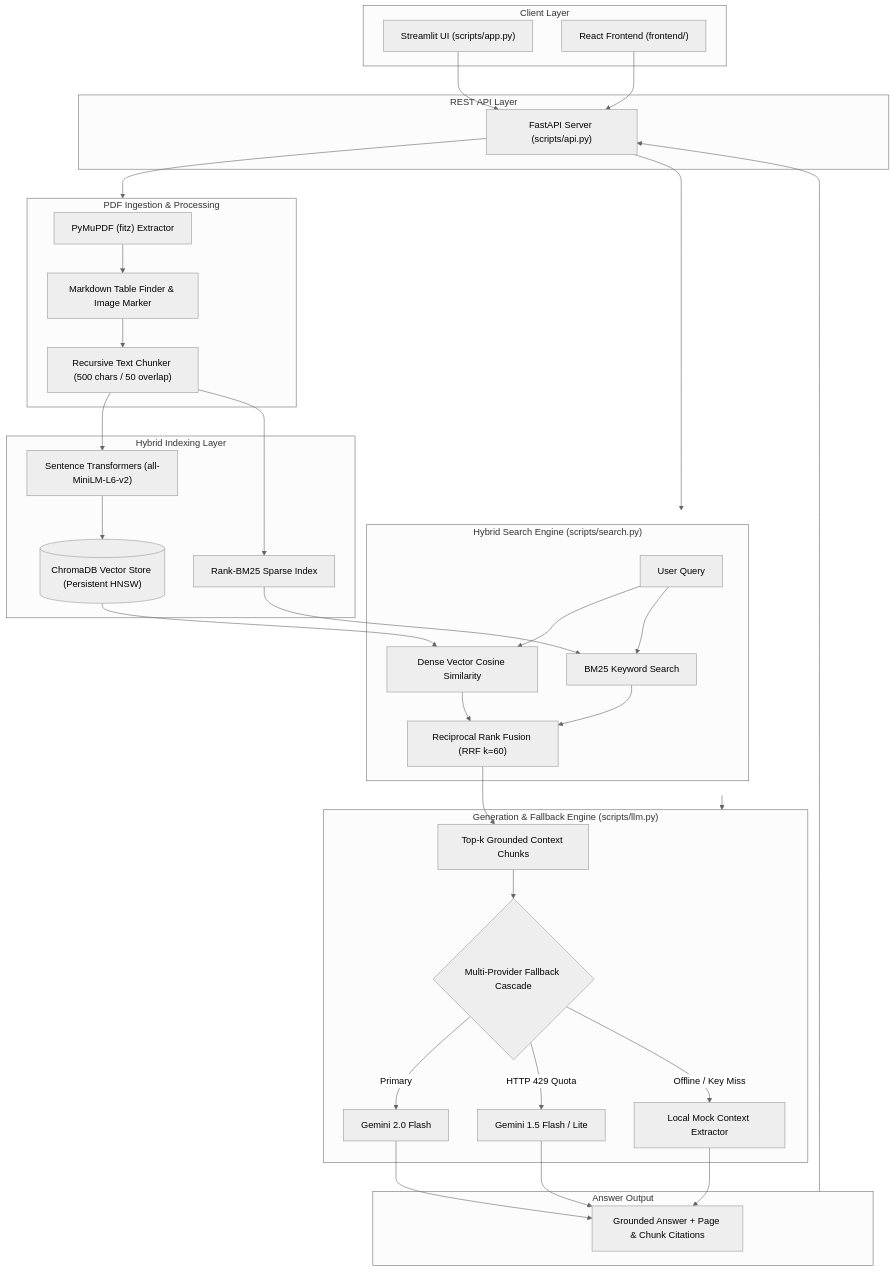
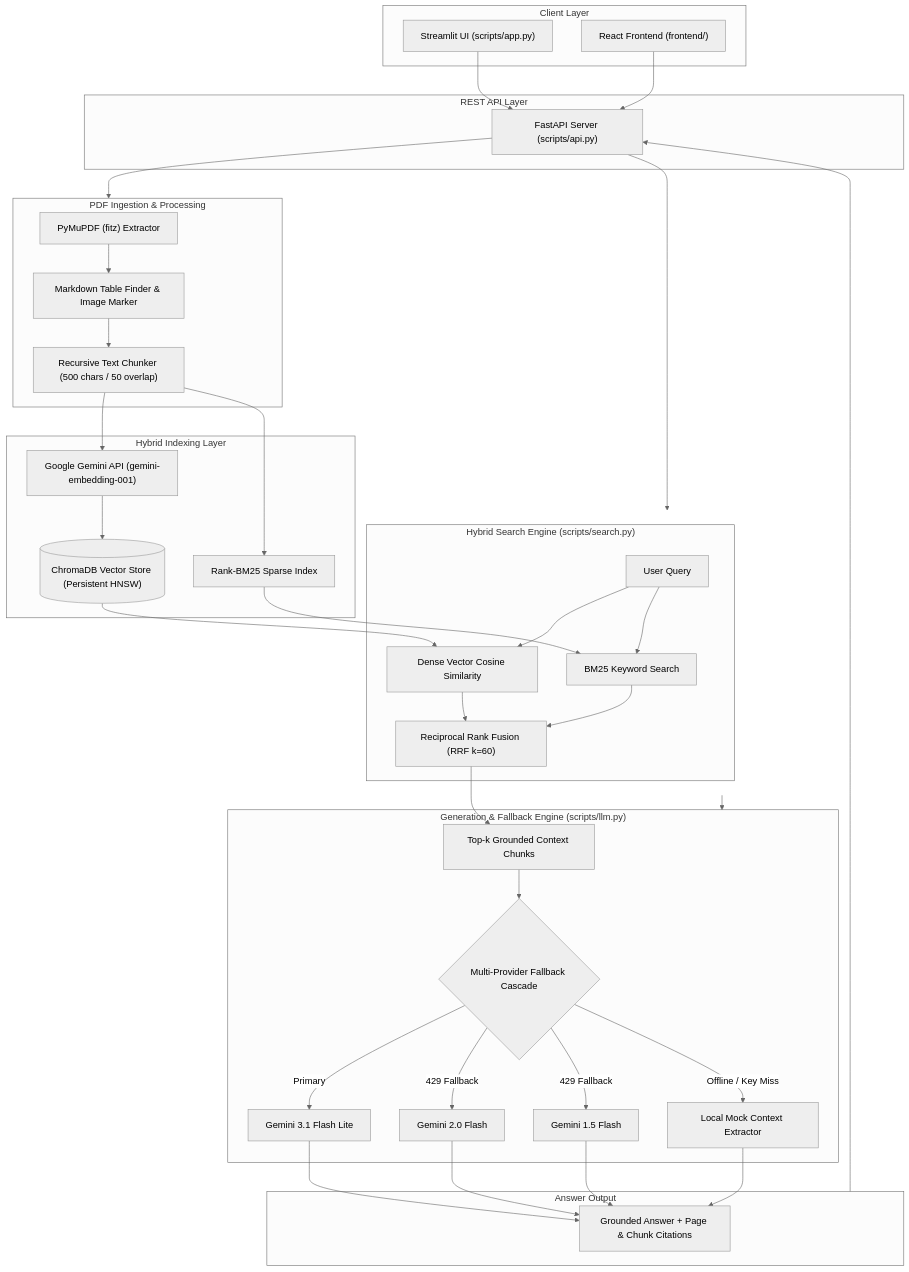
One commit to prsdx/platewise-rag changed the diagram in README.md. Above: the diagram before and after it, drawn with Mermaid (neutral theme). The commit also changed other lines of this file and 10 other files, not shown here.

````diff
--- a/README.md
+++ b/README.md
@@ -41,61 +48,63 @@
 ```mermaid
 flowchart TD
     subgraph Client ["Client Layer"]
         StreamlitUI["Streamlit UI (scripts/app.py)"]
         ReactUI["React Frontend (frontend/)"]
     end
 
     subgraph API ["REST API Layer"]
         FastAPIApp["FastAPI Server (scripts/api.py)"]
     end
 
     subgraph Ingestion ["PDF Ingestion & Processing"]
         PyMuPDFParser["PyMuPDF (fitz) Extractor"]
         TableImageProc["Markdown Table Finder & Image Marker"]
         Chunker["Recursive Text Chunker (500 chars / 50 overlap)"]
         PyMuPDFParser --> TableImageProc --> Chunker
     end
 
     subgraph Storage ["Hybrid Indexing Layer"]
-        DenseEmbed["Sentence Transformers (all-MiniLM-L6-v2)"]
+        DenseEmbed["Google Gemini API (gemini-embedding-001)"]
         ChromaDBStore[("ChromaDB Vector Store (Persistent HNSW)")]
         BM25Index["Rank-BM25 Sparse Index"]
         Chunker --> DenseEmbed --> ChromaDBStore
         Chunker --> BM25Index
     end
 
     subgraph Search ["Hybrid Search Engine (scripts/search.py)"]
         UserQuery["User Query"]
         DenseSearch["Dense Vector Cosine Similarity"]
         SparseSearch["BM25 Keyword Search"]
         RRFEngine["Reciprocal Rank Fusion (RRF k=60)"]
         
         UserQuery --> DenseSearch
         UserQuery --> SparseSearch
         ChromaDBStore --> DenseSearch
         BM25Index --> SparseSearch
         DenseSearch --> RRFEngine
         SparseSearch --> RRFEngine
     end
 
     subgraph LLM ["Generation & Fallback Engine (scripts/llm.py)"]
         RRFEngine --> GroundedContext["Top-k Grounded Context Chunks"]
         GroundedContext --> FallbackCascade{"Multi-Provider Fallback Cascade"}
-        FallbackCascade -->|Primary| Gem2Flash["Gemini 2.0 Flash"]
-        FallbackCascade -->|HTTP 429 Quota| Gem15Flash["Gemini 1.5 Flash / Lite"]
+        FallbackCascade -->|Primary| Gem31Lite["Gemini 3.1 Flash Lite"]
+        FallbackCascade -->|429 Fallback| Gem2Flash["Gemini 2.0 Flash"]
+        FallbackCascade -->|429 Fallback| Gem15Flash["Gemini 1.5 Flash"]
         FallbackCascade -->|Offline / Key Miss| OfflineMock["Local Mock Context Extractor"]
     end
 
     subgraph Output ["Answer Output"]
-        Gem2Flash --> FinalAns["Grounded Answer + Page & Chunk Citations"]
+        Gem31Lite --> FinalAns["Grounded Answer + Page & Chunk Citations"]
+        Gem2Flash --> FinalAns
         Gem15Flash --> FinalAns
         OfflineMock --> FinalAns
     end
 
     StreamlitUI --> FastAPIApp
     ReactUI --> FastAPIApp
     FastAPIApp --> Ingestion
     FastAPIApp --> Search
     Search --> LLM
     Output --> FastAPIApp
 ```
````
